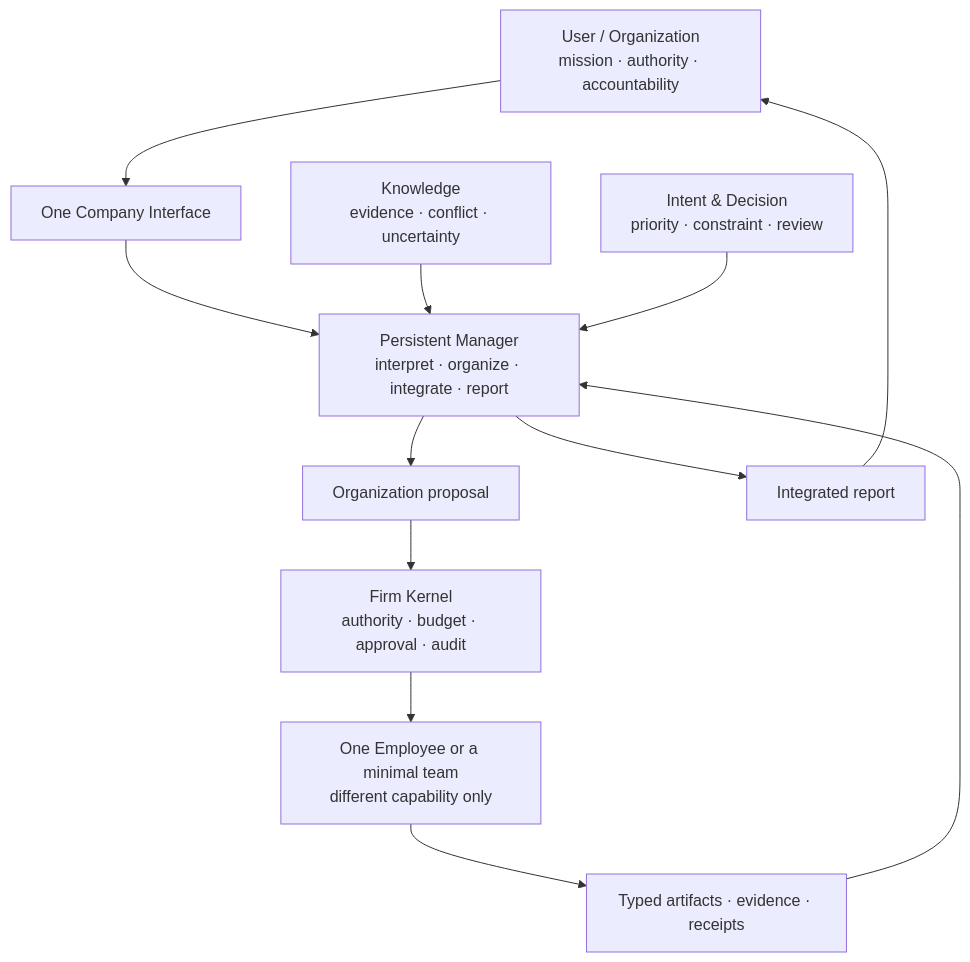
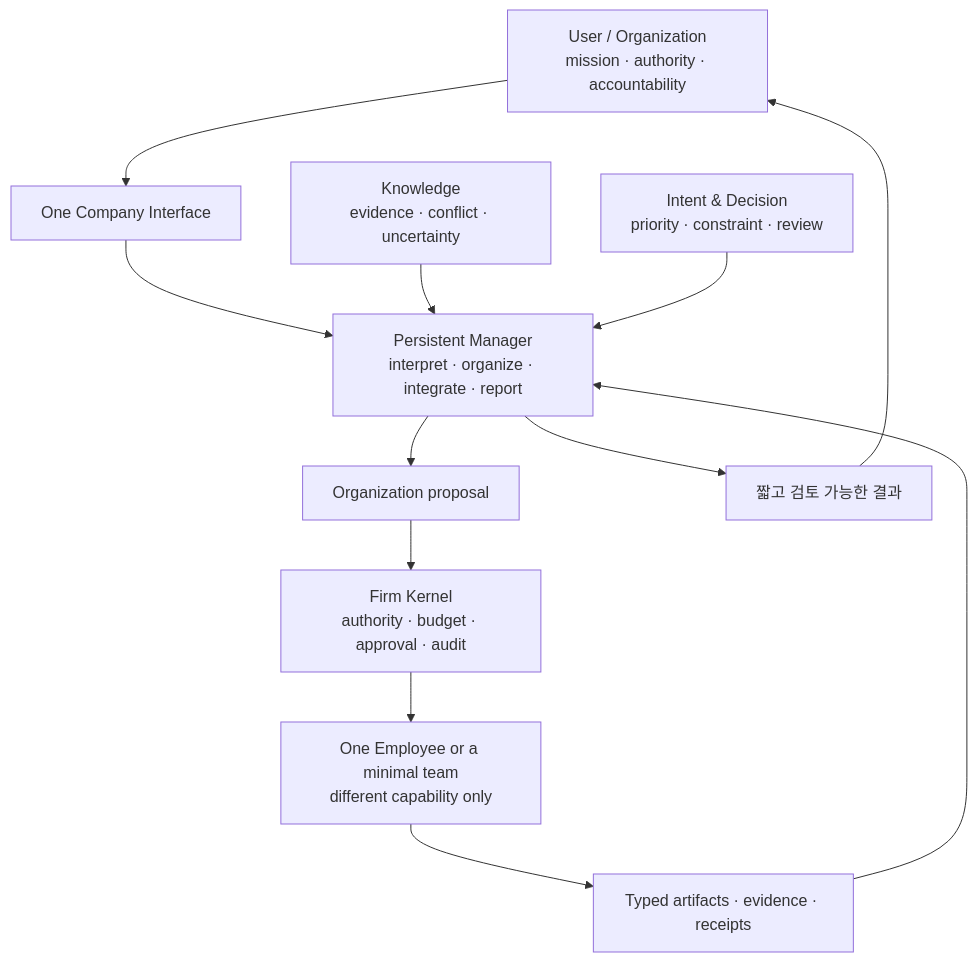
One commit to j6t22t4gy4-spec/noruct changed the first of 3 diagrams in docs/ko/01-dynamic-firm-runtime.md. Above: the diagram before and after it, drawn with Mermaid. The commit also changed other lines of this file and 20 other files, not shown here.

````diff
--- a/docs/ko/01-dynamic-firm-runtime.md
+++ b/docs/ko/01-dynamic-firm-runtime.md
@@ -63,14 +63,14 @@
 ```mermaid
 flowchart TB
   U["User / Organization\nmission · authority · accountability"] --> F["One Company Interface"]
   F --> M["Persistent Manager\ninterpret · organize · integrate · report"]
   K["Knowledge\nevidence · conflict · uncertainty"] --> M
   I["Intent & Decision\npriority · constraint · review"] --> M
 
   M --> P["Organization proposal"]
   P --> C["Firm Kernel\nauthority · budget · approval · audit"]
   C --> E["One Employee or a minimal team\ndifferent capability only"]
   E --> A["Typed artifacts · evidence · receipts"]
   A --> M
-  M --> R["Integrated report"] --> U
+  M --> R["짧고 검토 가능한 결과"] --> U
 ```
````
